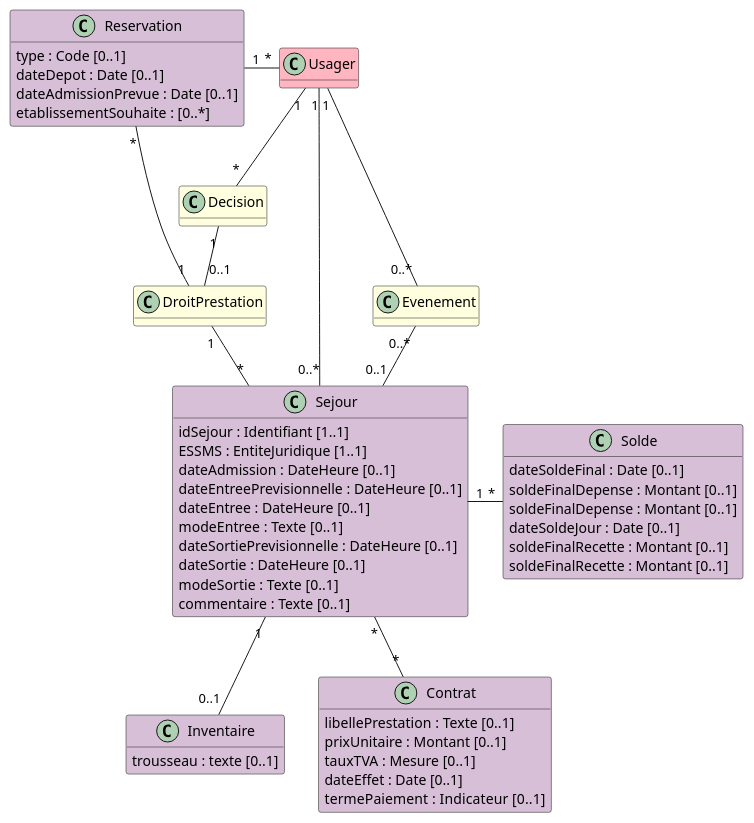
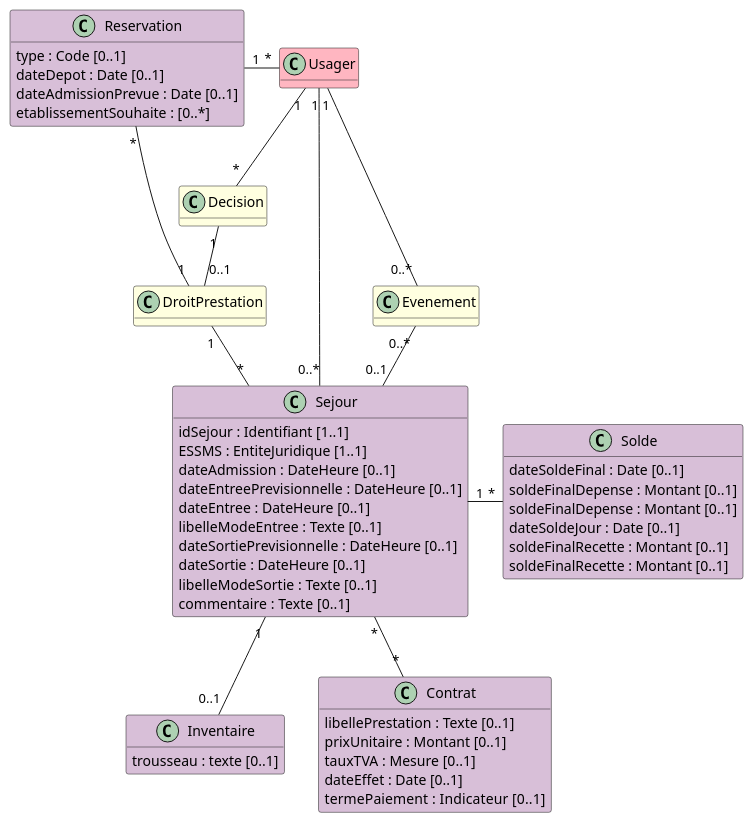
Before and after one commit to ansforge/IG-fhir-medicosocial-transfert-donnees-dui: the diagram in input/images-source/bloc_sejours.plantuml, drawn with PlantUML. The commit also changed 1 other file, not shown here.

Commit message:
remise_anciens_noms_mode_entree_sortie_sejour

```diff
--- a/input/images-source/bloc_sejours.plantuml
+++ b/input/images-source/bloc_sejours.plantuml
@@ -1,66 +1,66 @@
 @startuml
 
 hide empty methods
 
 class Usager #LightPink
 
 class Decision #LightYellow
 
 class DroitPrestation #LightYellow
 
 class Evenement #LightYellow
 
 class Reservation #Thistle {
     type : Code [0..1]
     dateDepot : Date [0..1]
     dateAdmissionPrevue : Date [0..1]
     etablissementSouhaite : [0..*]
 }
 
 class Sejour #Thistle {
     idSejour : Identifiant [1..1]
     ESSMS : EntiteJuridique [1..1]
     dateAdmission : DateHeure [0..1]
     dateEntreePrevisionnelle : DateHeure [0..1]
     dateEntree : DateHeure [0..1]
-    modeEntree : Texte [0..1]
+    libelleModeEntree : Texte [0..1]
     dateSortiePrevisionnelle : DateHeure [0..1]
     dateSortie : DateHeure [0..1]
-    modeSortie : Texte [0..1]
+    libelleModeSortie : Texte [0..1]
     commentaire : Texte [0..1] 
 }
 
 class Inventaire #Thistle { 
     trousseau : texte [0..1]
 }
 
 class Solde #Thistle {
     dateSoldeFinal : Date [0..1]
     soldeFinalDepense : Montant [0..1]
     soldeFinalDepense : Montant [0..1]
     dateSoldeJour : Date [0..1]
     soldeFinalRecette : Montant [0..1]
     soldeFinalRecette : Montant [0..1]
 }
 
 class Contrat #Thistle {
     libellePrestation : Texte [0..1]
     prixUnitaire : Montant [0..1]
     tauxTVA : Mesure [0..1]
     dateEffet : Date [0..1]
     termePaiement : Indicateur  [0..1]
 }
 
 Usager "1" -- "*" Decision
 Decision "1" -- "0..1" DroitPrestation
 Reservation "*" - "1" DroitPrestation
 Reservation "1" - "*" Usager
 DroitPrestation "1" -- "*" Sejour
 Sejour "1" -- "0..1" Inventaire
 Sejour "1" - "*" Solde
 Sejour "*" -- "*" Contrat
 Usager "1" - "0..*" Sejour
 Evenement "0..*" -- "0..1" Sejour
 Usager "1" -- "0..*" Evenement
 
 @enduml
```
